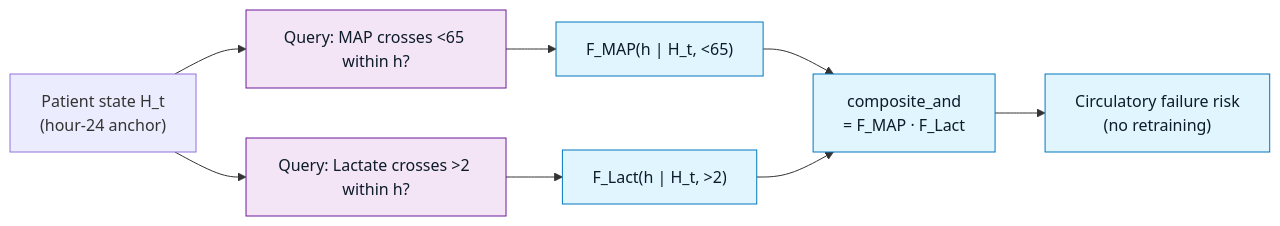
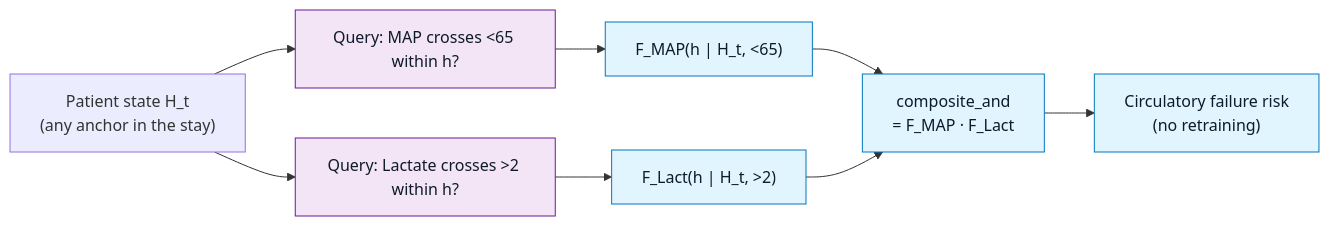
The second of 3 diagrams in website/docs/overview.md (sajor2000/clifatron2.0), drawn with Mermaid before and after one commit. The commit also changed other lines of this file and 15 other files, not shown here.

````diff
--- a/website/docs/overview.md
+++ b/website/docs/overview.md
@@ -117,15 +116,15 @@
 ```mermaid
 flowchart LR
-    Ht["Patient state H_t<br/>(hour-24 anchor)"] --> Q1["Query: MAP crosses &lt;65 within h?"]
+    Ht["Patient state H_t<br/>(any anchor in the stay)"] --> Q1["Query: MAP crosses &lt;65 within h?"]
     Ht --> Q2["Query: Lactate crosses &gt;2 within h?"]
     Q1 --> F1["F_MAP(h | H_t, &lt;65)"]
     Q2 --> F2["F_Lact(h | H_t, &gt;2)"]
     F1 --> COMP["composite_and<br/>= F_MAP · F_Lact"]
     F2 --> COMP
     COMP --> OUT["Circulatory failure risk<br/>(no retraining)"]
 
     classDef q fill:#f3e5f5,stroke:#6a1b9a,color:#0d1b2a;
     classDef f fill:#e1f5fe,stroke:#0277bd,color:#0d1b2a;
     class Q1,Q2 q;
     class F1,F2,COMP,OUT f;
 ```
````
